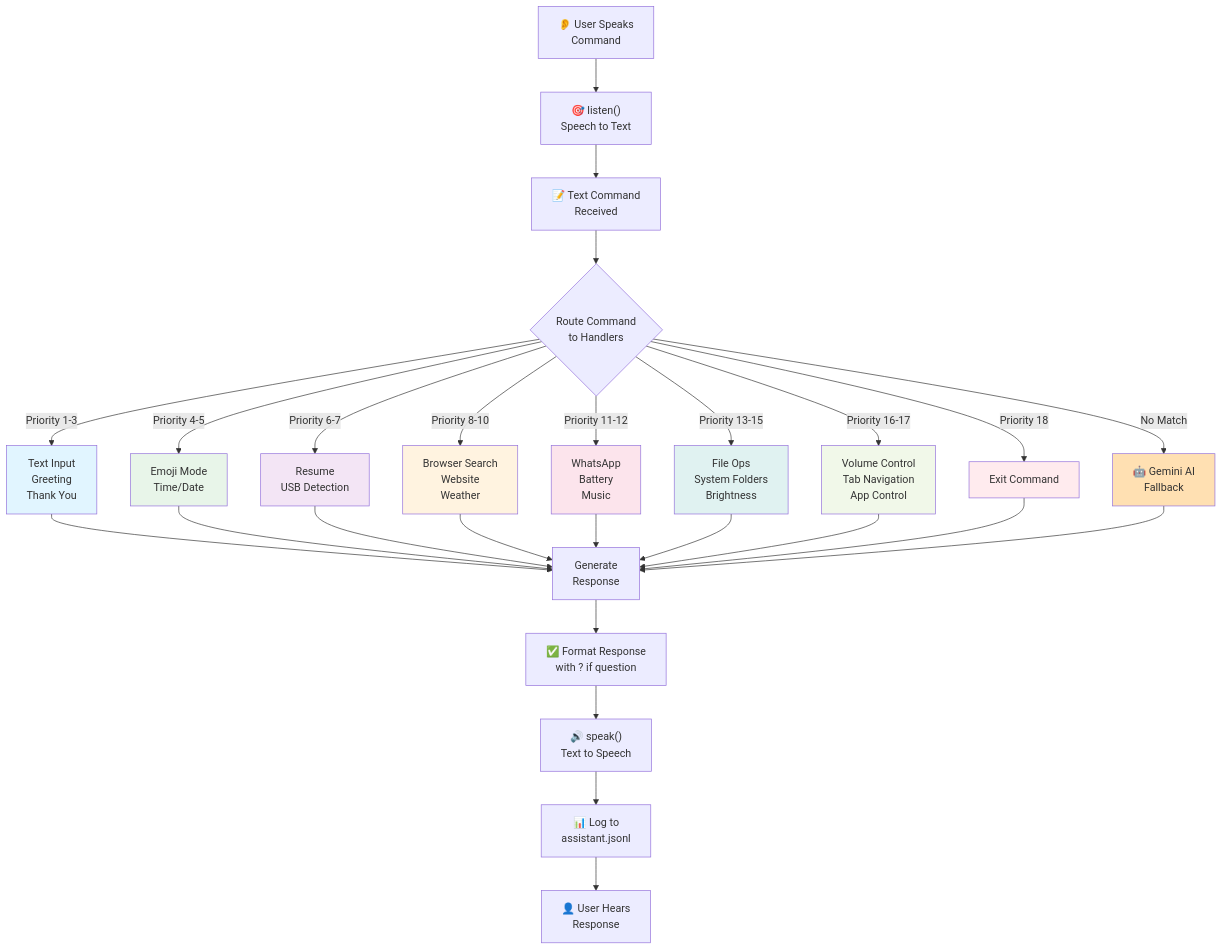
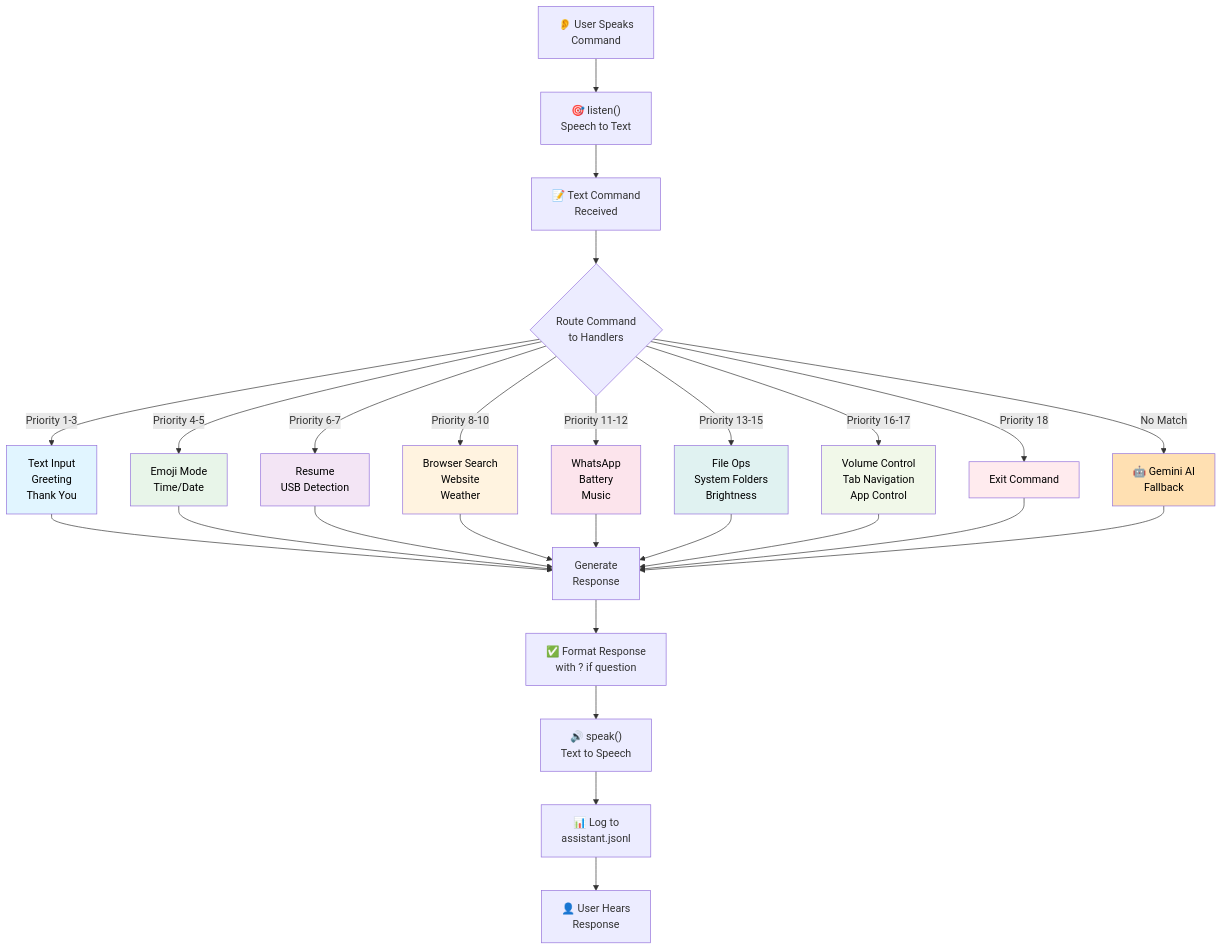
Before and after one commit to KGFCH2/OIBSIP: the second of 4 diagrams in Voice Assistant/EchoMind AI/README.md, drawn with Mermaid. The commit also changed other lines of this file, not shown here.

````diff
--- a/Voice Assistant/EchoMind AI/README.md
+++ b/Voice Assistant/EchoMind AI/README.md
@@ -213,41 +213,41 @@
 ```mermaid
 flowchart TD
     A["👂 User Speaks<br/>Command"] --> B["🎯 listen()<br/>Speech to Text"]
     B --> C["📝 Text Command<br/>Received"]
     C --> D{"Route Command<br/>to Handlers"}
     
     D -->|Priority 1-3| E["Text Input<br/>Greeting<br/>Thank You"]
     D -->|Priority 4-5| F["Emoji Mode<br/>Time/Date"]
     D -->|Priority 6-7| G["Resume<br/>USB Detection"]
     D -->|Priority 8-10| H["Browser Search<br/>Website<br/>Weather"]
     D -->|Priority 11-12| I["WhatsApp<br/>Battery<br/>Music"]
     D -->|Priority 13-15| J["File Ops<br/>System Folders<br/>Brightness"]
     D -->|Priority 16-17| K["Volume Control<br/>Tab Navigation<br/>App Control"]
     D -->|Priority 18| L["Exit Command"]
     D -->|No Match| M["🤖 Gemini AI<br/>Fallback"]
     
     E --> N["Generate<br/>Response"]
     F --> N
     G --> N
     H --> N
     I --> N
     J --> N
     K --> N
     L --> N
     M --> N
     
     N --> O["✅ Format Response<br/>with ? if question"]
     O --> P["🔊 speak()<br/>Text to Speech"]
     P --> Q["📊 Log to<br/>assistant.jsonl"]
     Q --> R["👤 User Hears<br/>Response"]
     
-    style E fill:#e1f5ff
-    style F fill:#e8f5e9
-    style G fill:#f3e5f5
-    style H fill:#fff3e0
-    style I fill:#fce4ec
-    style J fill:#e0f2f1
-    style K fill:#f1f8e9
-    style L fill:#ffebee
-    style M fill:#ffe0b2
+    style E fill:#e1f5ff,color:#000
+    style F fill:#e8f5e9,color:#000
+    style G fill:#f3e5f5,color:#000
+    style H fill:#fff3e0,color:#000
+    style I fill:#fce4ec,color:#000
+    style J fill:#e0f2f1,color:#000
+    style K fill:#f1f8e9,color:#000
+    style L fill:#ffebee,color:#000
+    style M fill:#ffe0b2,color:#000
 ```
````
